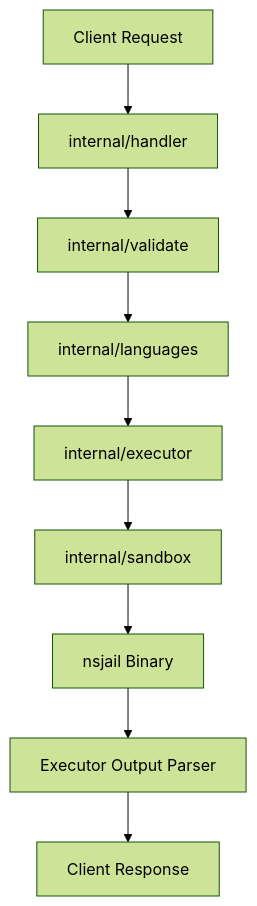
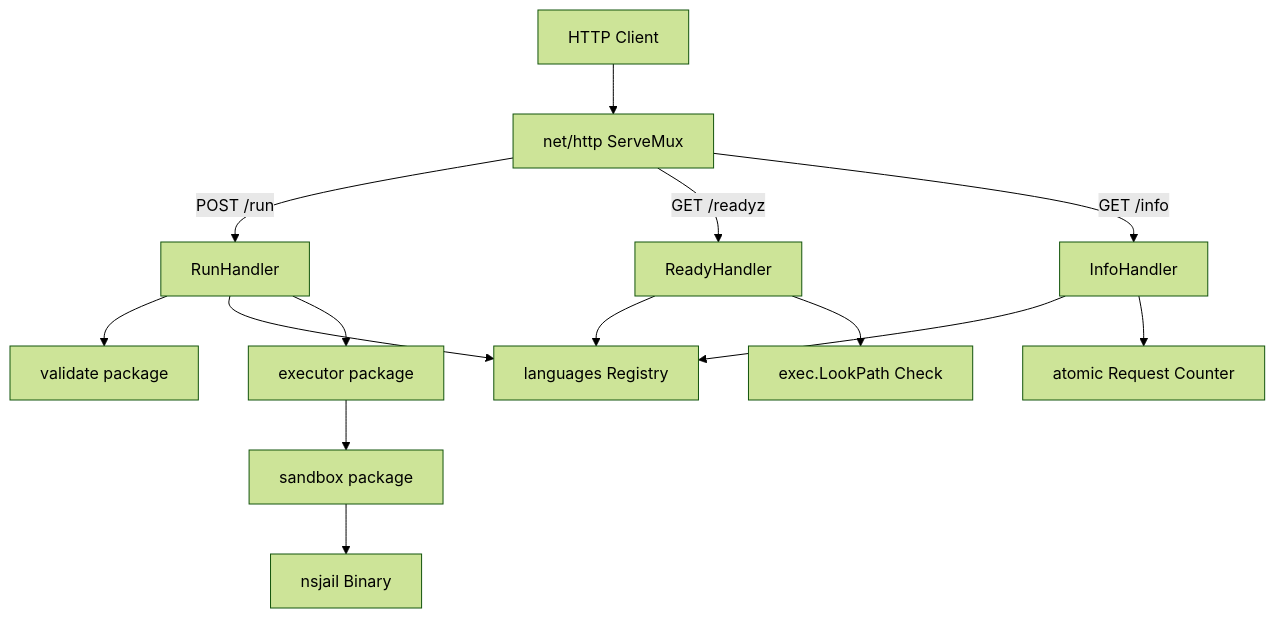
One commit to christiano-developer/goboxd changed the diagram in docs/architecture.md. Above: the diagram before and after it, drawn with Mermaid (forest theme). The commit also changed other lines of this file and 2 other files, not shown here.

Commit message:
docs: update API, architecture, language registry, and security references for Stage 2

````diff
--- a/docs/architecture.md
+++ b/docs/architecture.md
@@ -11,11 +11,19 @@
 ```mermaid
 graph TD
-    Client[Client Request] --> Handler[internal/handler]
-    Handler --> Validator[internal/validate]
-    Validator --> Registry[internal/languages]
-    Registry --> Executor[internal/executor]
-    Executor --> Sandbox[internal/sandbox]
-    Sandbox --> NsJail[nsjail Binary]
-    NsJail --> Output[Executor Output Parser]
-    Output --> ClientResp[Client Response]
+    Client[HTTP Client] --> Mux[net/http ServeMux]
+    Mux -->|POST /run| RunH[RunHandler]
+    Mux -->|GET /readyz| ReadyH[ReadyHandler]
+    Mux -->|GET /info| InfoH[InfoHandler]
+
+    RunH --> Val[validate package]
+    RunH --> Reg[languages Registry]
+    RunH --> Exec[executor package]
+    Exec --> Sand[sandbox package]
+    Sand --> NsJail[nsjail Binary]
+
+    ReadyH --> Reg
+    ReadyH --> ExecLook[exec.LookPath Check]
+
+    InfoH --> Reg
+    InfoH --> Stats[atomic Request Counter]
 ```
````
